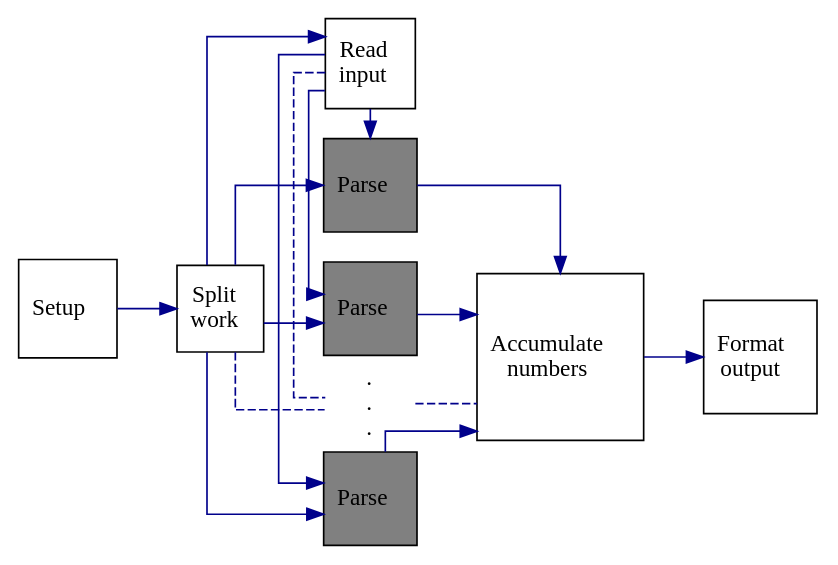
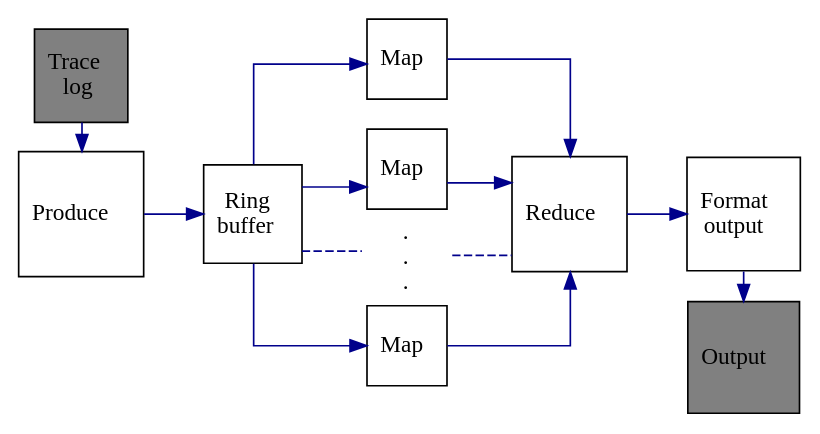
Before and after one commit to terjr/thesis: the diagram in report/figs/pet-pipeline.gv, drawn with Graphviz. The commit also changed 2 other files, not shown here.

Commit message:
discovered that we acctually implements sort of map-reduce, remade pipeline figure and included MR in text

```diff
--- a/report/figs/pet-pipeline.gv
+++ b/report/figs/pet-pipeline.gv
@@ -1,42 +1,50 @@
 digraph PET {
     rankdir = LR;
     size="8,5"
     splines=ortho;
     node [shape = square];
     edge [color = blue4];
 
     subgraph {
         rankdir = TB;
         rank="same";
-        read
         parse3 [shape="none",label=<.<br/>.<br/>.>,height="0.3",margin="0",fixedsize="true"]
-        read->parse1
-        read->parse2
-        read->parse3 [style="dashed",arrowhead="none"]
-        read->parse4
         parse1->parse2 [style="invis"]
         parse2->parse3 [style="invis"]
         parse3->parse4 [style="invis"]
     }
+    subgraph {
+        rankdir = TB;
+        rank="same";
 
-    read [label=<Read<br/>input>]
-
-    setup [label=<Setup>]
+        text->setup
+        text [label=<Trace<br/>log>,fillcolor=gray,style=filled]
+        setup [label=<Produce>]
+    }
     setup -> split
-    split [label=<Split<br/>work>];
-    split -> read;
+    split [label=<Ring<br/>buffer>];
     split -> parse1 -> merge;
     split -> parse2 -> merge;
     split -> parse4 -> merge;
     split -> parse3->merge [style="dashed",arrowhead="none"]
 
 
-    parse1 [label=<Parse>,style=filled,fillcolor=gray];
-    parse2 [label=<Parse>,style=filled,fillcolor=gray];
-    parse4 [label=<Parse>,style=filled,fillcolor=gray];
+    parse1 [label=<Map>];
+    parse2 [label=<Map>];
+    parse4 [label=<Map>];
 
-    merge [label=<Accumulate<br/>numbers>]
-    output [label=<Format<br/>output>]
+    merge [label=<Reduce>]
+
+    subgraph {
+        rankdir = TB;
+        rank="same";
+
+        output [label=<Format<br/>output>]
+        readable [label=<Output>,fillcolor=gray,style=filled]
+
+        output->readable
+    }
 
     merge->output
+
 }
```
